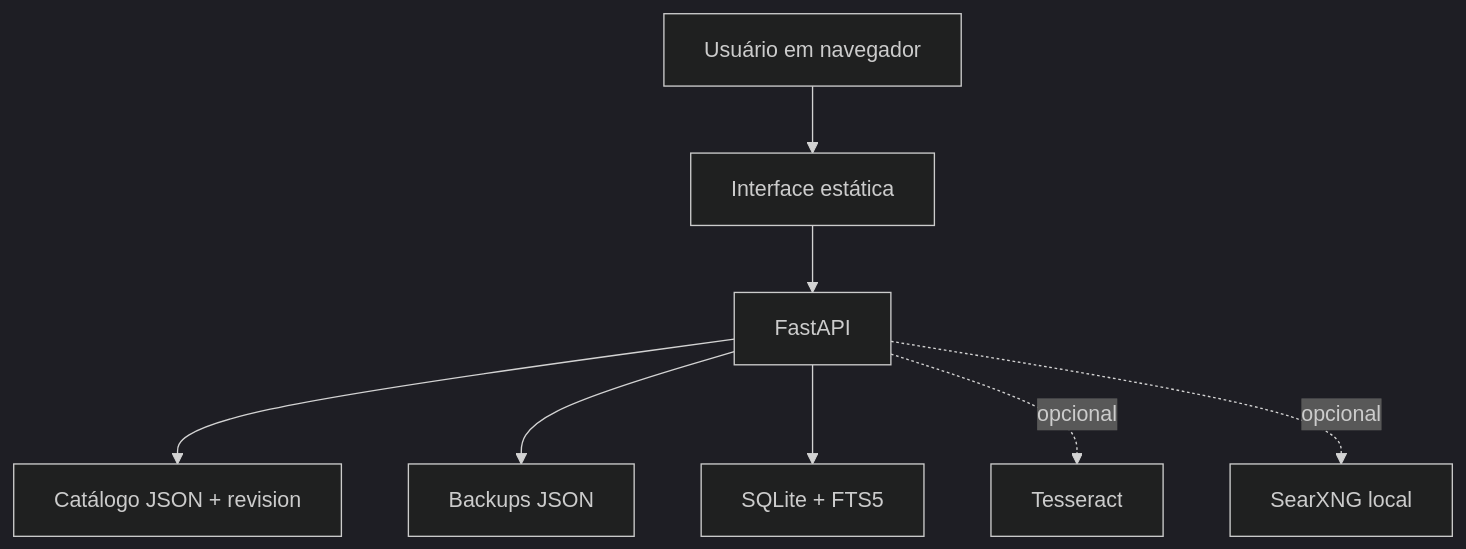
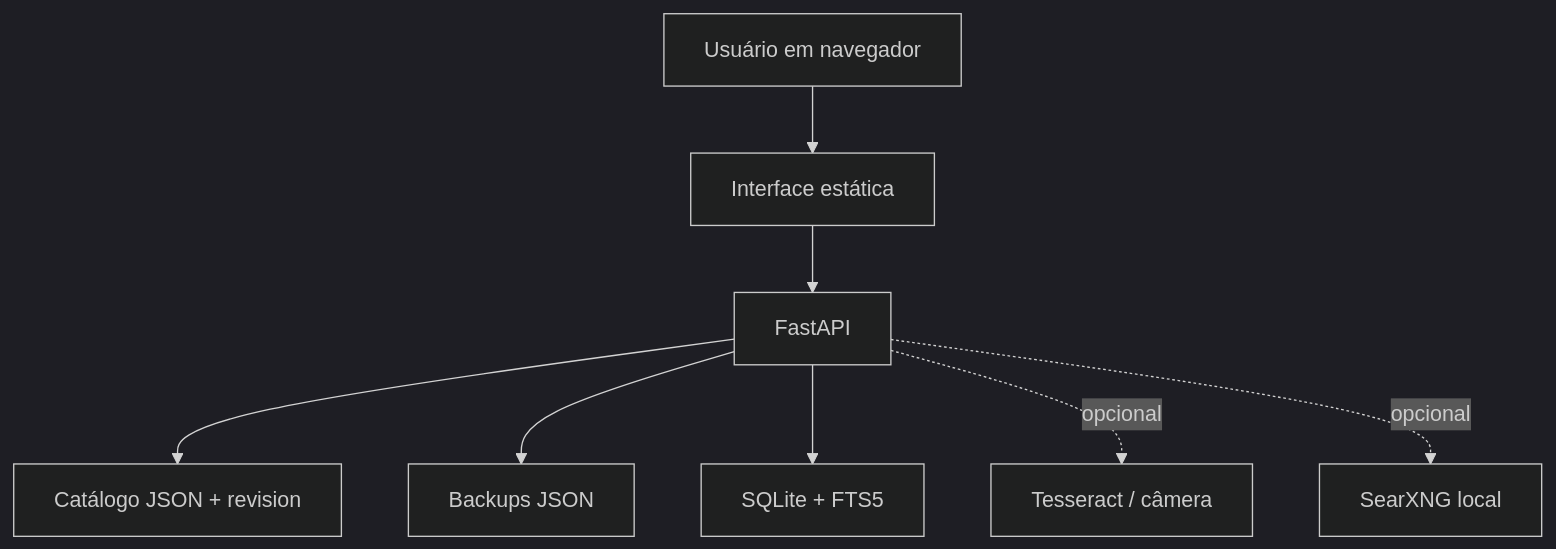
The diagram in docs/architecture.md (Mayconxzdev/PlanilhaCompras), drawn with Mermaid (dark theme) before and after one commit. The commit also changed other lines of this file and 8 other files, not shown here.

````diff
--- a/docs/architecture.md
+++ b/docs/architecture.md
@@ -9,10 +11,10 @@
 ```mermaid
 flowchart TB
   U[Usuário em navegador] --> UI[Interface estática]
   UI --> API[FastAPI]
   API --> JSON[Catálogo JSON + revision]
   API --> BK[Backups JSON]
   API --> IDX[SQLite + FTS5]
-  API -. opcional .-> OCR[Tesseract]
+  API -. opcional .-> OCR[Tesseract / câmera]
   API -. opcional .-> SEARCH[SearXNG local]
 ```
````
